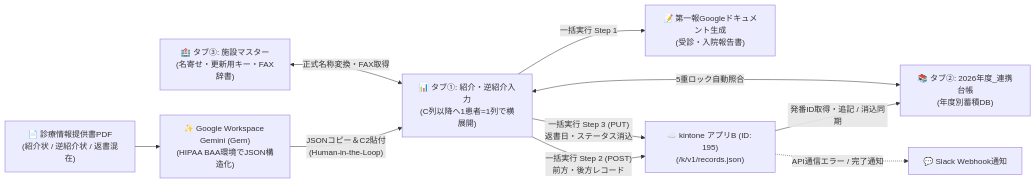
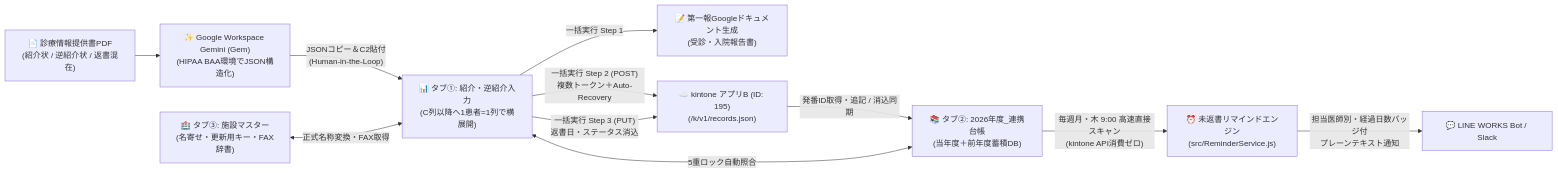
One commit to usktak4ta/sante-bridge-liaison-hub changed the diagram in docs/NOTION_SPECIFICATION.md. Above: the diagram before and after it, drawn with Mermaid. The commit also changed other lines of this file and 1 other file, not shown here.

````diff
--- a/docs/NOTION_SPECIFICATION.md
+++ b/docs/NOTION_SPECIFICATION.md
@@ -22,12 +23,13 @@
 ```mermaid
 flowchart LR
   PDF["📄 診療情報提供書PDF\n(紹介状 / 逆紹介状 / 返書混在)"] --> GEM["✨ Google Workspace Gemini (Gem)\n(HIPAA BAA環境でJSON構造化)"]
   GEM -->|"JSONコピー＆C2貼付\n(Human-in-the-Loop)"| SHEET1["📊 タブ①: 紹介・逆紹介入力\n(C列以降へ1患者=1列で横展開)"]
   MASTER["🏥 タブ③: 施設マスター\n(名寄せ・更新用キー・FAX辞書)"] <-->|"正式名称変換・FAX取得"| SHEET1
-  LEDGER["📚 タブ②: 2026年度_連携台帳\n(年度別蓄積DB)"] <-->|"5重ロック自動照合"| SHEET1
+  LEDGER["📚 タブ②: 2026年度_連携台帳\n(当年度＋前年度蓄積DB)"] <-->|"5重ロック自動照合"| SHEET1
   SHEET1 -->|"一括実行 Step 1"| DOC["📝 第一報Googleドキュメント生成\n(受診・入院報告書)"]
-  SHEET1 -->|"一括実行 Step 2 (POST)\n前方・後方レコード"| KINTONE["☁️ kintone アプリB (ID: 195)\n(/k/v1/records.json)"]
+  SHEET1 -->|"一括実行 Step 2 (POST)\n複数トークン＋Auto-Recovery"| KINTONE["☁️ kintone アプリB (ID: 195)\n(/k/v1/records.json)"]
   SHEET1 -->|"一括実行 Step 3 (PUT)\n返書日・ステータス消込"| KINTONE
   KINTONE -->|"発番ID取得・追記 / 消込同期"| LEDGER
-  KINTONE -.->|"API通信エラー / 完了通知"| SLACK["💬 Slack Webhook通知"]
+  LEDGER -->|"毎週月・木 9:00 高速直接スキャン\n(kintone API消費ゼロ)"| REMIND["⏰ 未返書リマインドエンジン\n(src/ReminderService.js)"]
+  REMIND -->|"担当医師別・経過日数バッジ付\nプレーンテキスト通知"| LW["💬 LINE WORKS Bot / Slack"]
 ```
````
